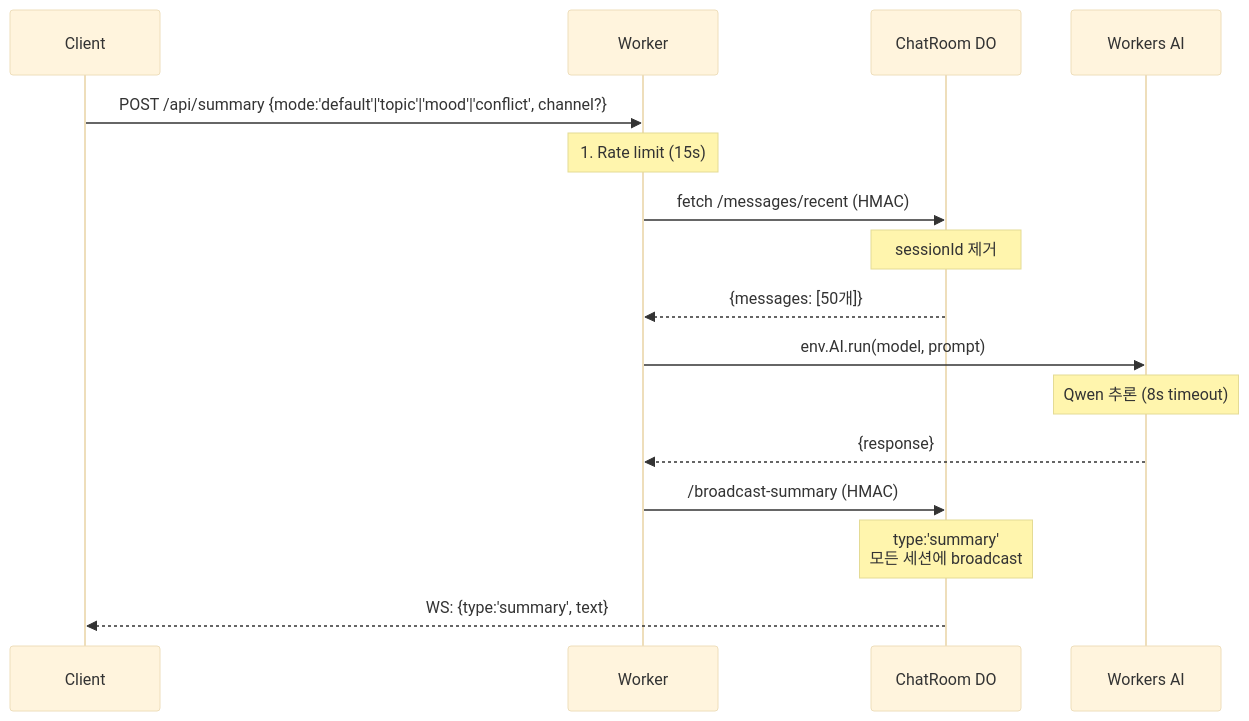
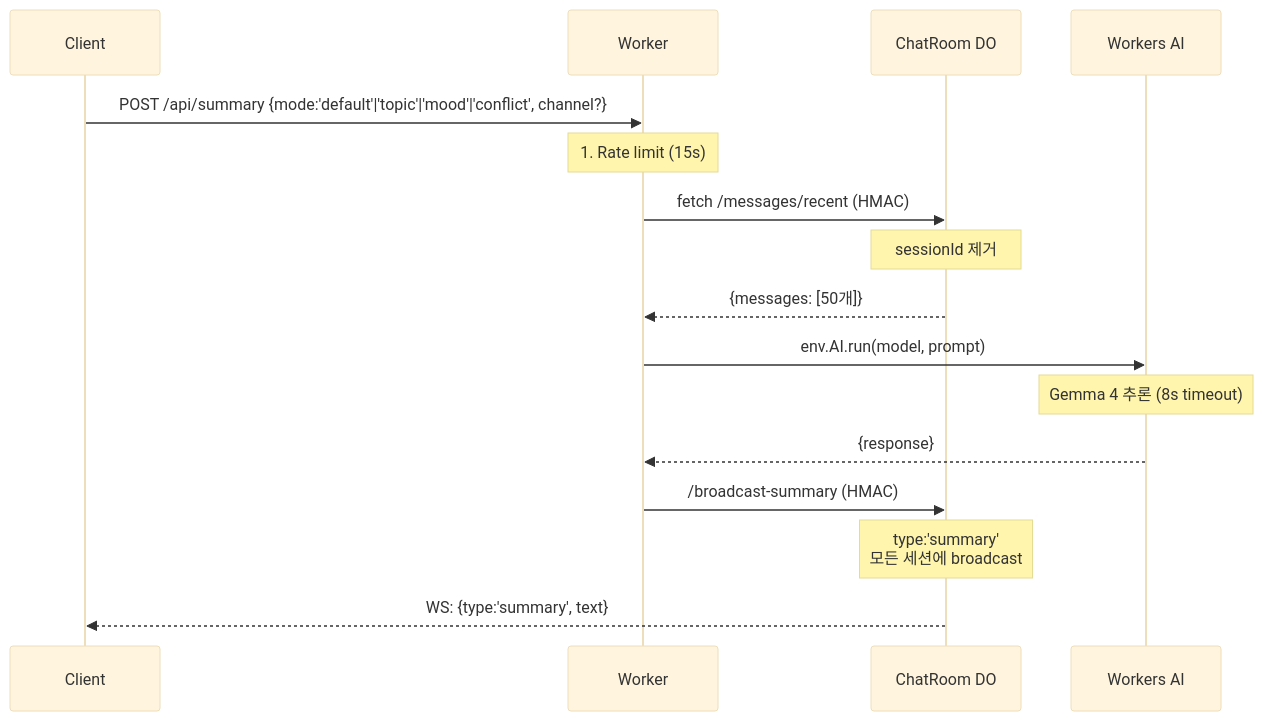
Before and after one commit to gguatit/Anonymous_Chat: the fifth of 7 diagrams in docs/ARCHITECTURE.md, drawn with Mermaid (base theme). The commit also changed other lines of this file and 10 other files, not shown here.

First line of the commit message:
fix: Workers AI 단종 대응 모델 교체 (Gemma 4 26B + Qwen 3.8 27B)

````diff
--- a/docs/ARCHITECTURE.md
+++ b/docs/ARCHITECTURE.md
@@ -289,22 +289,22 @@
 ```mermaid
 sequenceDiagram
     participant C as Client
     participant W as Worker
     participant DO as ChatRoom DO
     participant AI as Workers AI
 
     C->>W: POST /api/summary {mode:'default'|'topic'|'mood'|'conflict', channel?}
 
     Note over W: 1. Rate limit (15s)
     W->>DO: fetch /messages/recent (HMAC)
     Note over DO: sessionId 제거
     DO-->>W: {messages: [50개]}
 
     W->>AI: env.AI.run(model, prompt)
-    Note over AI: Qwen 추론 (8s timeout)
+    Note over AI: Gemma 4 추론 (8s timeout)
     AI-->>W: {response}
 
     W->>DO: /broadcast-summary (HMAC)
     Note over DO: type:'summary'<br/>모든 세션에 broadcast
     DO-->>C: WS: {type:'summary', text}
 ```
````
